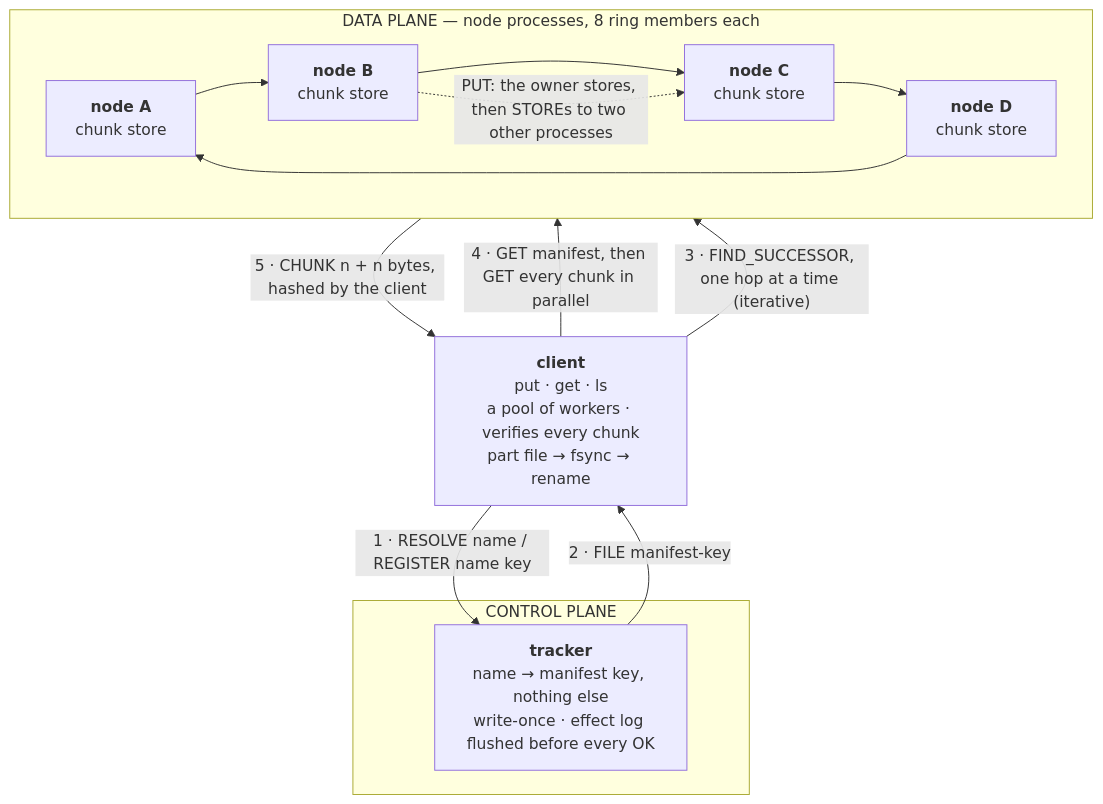
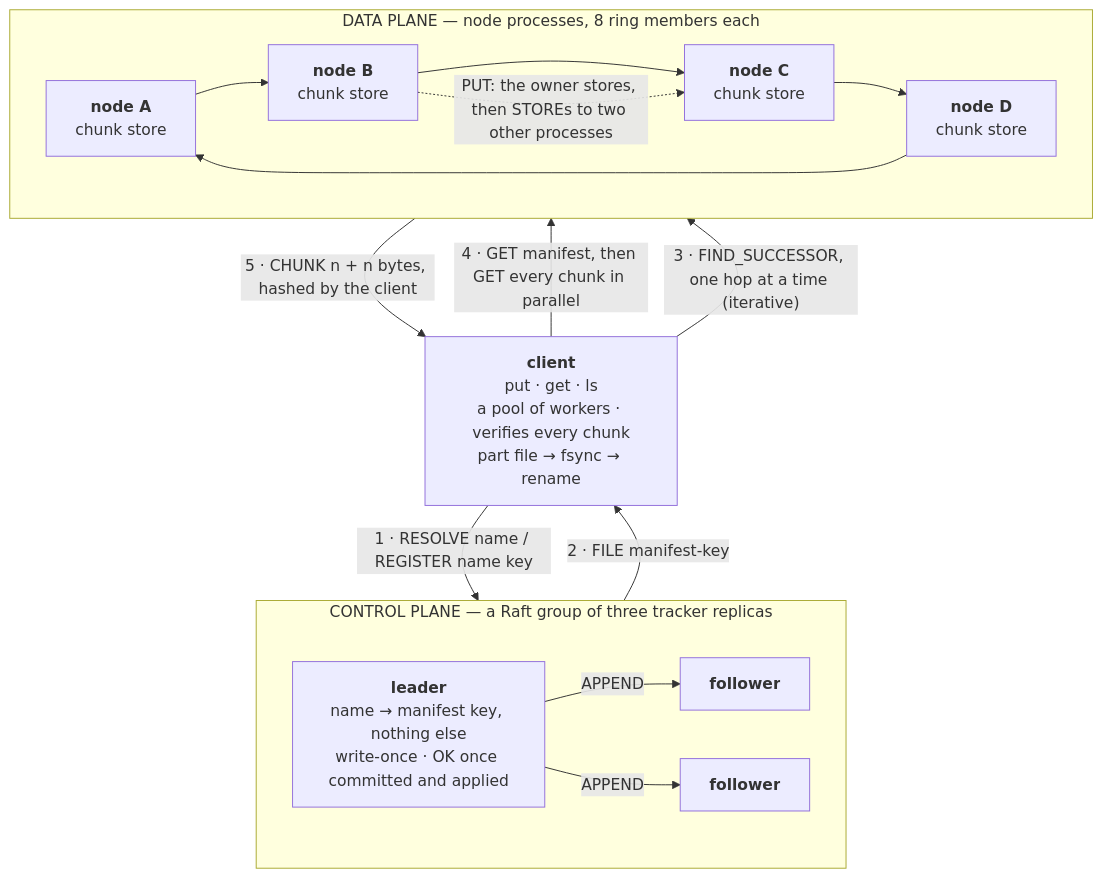
Before and after one commit to ChaitanyaShah21/chord-dht-filesystem: the diagram in README.md, drawn with Mermaid. The commit also changed other lines of this file and 7 other files, not shown here.

Commit message:
describe the replicated tracker in the architecture, readme and guides; add its benchmark harness

````diff
--- a/README.md
+++ b/README.md
@@ -20,20 +21,25 @@
 ```mermaid
 flowchart TB
     C["<b>client</b><br/>put · get · ls<br/>a pool of workers · verifies every chunk<br/>part file → fsync → rename"]
 
-    subgraph control["CONTROL PLANE"]
-        T["<b>tracker</b><br/>name → manifest key, nothing else<br/>write-once · effect log flushed before every OK"]
+    subgraph control["CONTROL PLANE — a Raft group of three tracker replicas"]
+        direction LR
+        T["<b>leader</b><br/>name → manifest key, nothing else<br/>write-once · OK once committed and applied"]
+        T2["<b>follower</b>"]
+        T3["<b>follower</b>"]
+        T -- "APPEND" --> T2
+        T -- "APPEND" --> T3
     end
 
     subgraph ring["DATA PLANE — node processes, 8 ring members each"]
         direction LR
         P1["<b>node A</b><br/>chunk store"] --> P2["<b>node B</b><br/>chunk store"] --> P3["<b>node C</b><br/>chunk store"] --> P4["<b>node D</b><br/>chunk store"] --> P1
     end
 
     C -- "1 · RESOLVE name / REGISTER name key" --> T
     T -- "2 · FILE manifest-key" --> C
     C -- "3 · FIND_SUCCESSOR, one hop at a time (iterative)" --> ring
     C -- "4 · GET manifest, then GET every chunk in parallel" --> P2
     P2 -- "5 · CHUNK n + n bytes, hashed by the client" --> C
     P2 -. "PUT: the owner stores, then STOREs to two other processes" .-> P3
 ```
````
